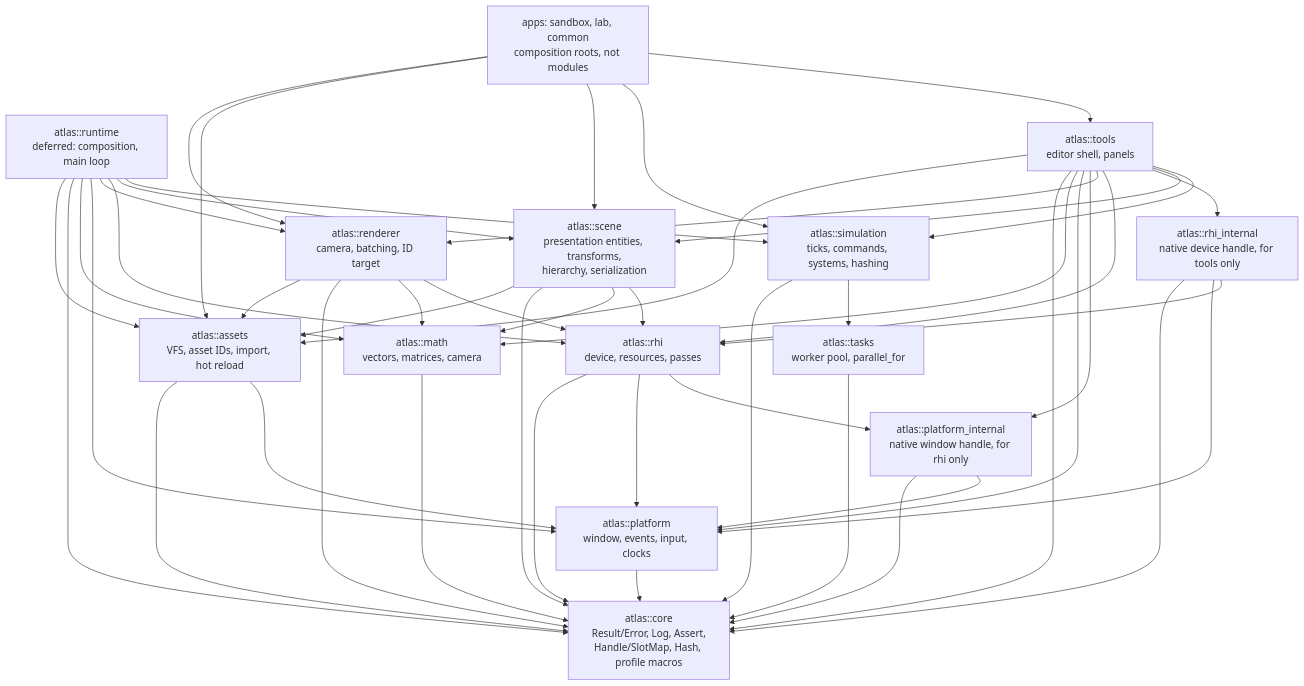
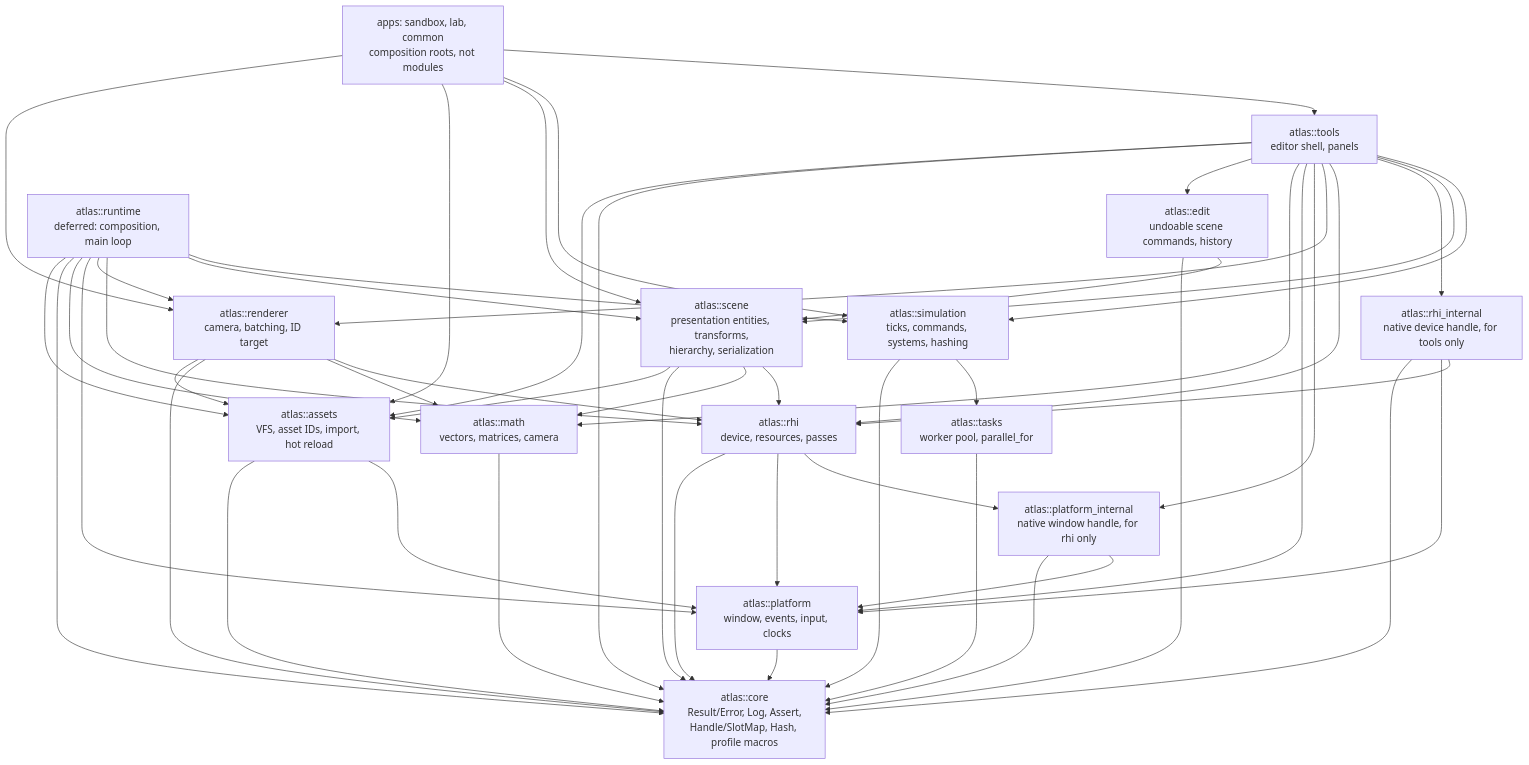
Before and after one commit to happyc0der/atlas-engine: the first of 2 diagrams in docs/ARCHITECTURE.md, drawn with Mermaid. The commit also changed other lines of this file and 10 other files, not shown here.

````diff
--- a/docs/ARCHITECTURE.md
+++ b/docs/ARCHITECTURE.md
@@ -11,65 +11,69 @@
 ```mermaid
 graph TD
   core[atlas::core<br/>Result/Error, Log, Assert,<br/>Handle/SlotMap, Hash, profile macros]
   math[atlas::math<br/>vectors, matrices, camera]
   platform[atlas::platform<br/>window, events, input, clocks]
   platform_internal[atlas::platform_internal<br/>native window handle, for rhi only]
   tasks[atlas::tasks<br/>worker pool, parallel_for]
   rhi[atlas::rhi<br/>device, resources, passes]
   rhi_internal[atlas::rhi_internal<br/>native device handle, for tools only]
   renderer[atlas::renderer<br/>camera, batching, ID target]
   assets[atlas::assets<br/>VFS, asset IDs, import, hot reload]
   scene[atlas::scene<br/>presentation entities, transforms,<br/>hierarchy, serialization]
+  edit[atlas::edit<br/>undoable scene commands, history]
   simulation[atlas::simulation<br/>ticks, commands, systems, hashing]
   runtime[atlas::runtime<br/>deferred: composition, main loop]
   tools[atlas::tools<br/>editor shell, panels]
   apps[apps: sandbox, lab, common<br/>composition roots, not modules]
 
   math --> core
   platform --> core
   platform_internal --> core
   platform_internal --> platform
   tasks --> core
   rhi --> core
   rhi --> platform
   rhi --> platform_internal
   rhi_internal --> core
   rhi_internal --> platform
   rhi_internal --> rhi
   renderer --> assets
   renderer --> core
   renderer --> math
   renderer --> rhi
   assets --> core
   assets --> platform
   scene --> assets
   scene --> core
   scene --> math
   scene --> rhi
+  edit --> core
+  edit --> scene
   simulation --> core
   simulation --> tasks
   runtime --> assets
   runtime --> core
   runtime --> math
   runtime --> platform
   runtime --> renderer
   runtime --> rhi
   runtime --> scene
   runtime --> simulation
   tools --> assets
   tools --> core
+  tools --> edit
   tools --> math
   tools --> platform
   tools --> platform_internal
   tools --> renderer
   tools --> rhi
   tools --> rhi_internal
   tools --> scene
   tools --> simulation
 
   apps --> renderer
   apps --> assets
   apps --> scene
   apps --> simulation
   apps --> tools
 ```
````
